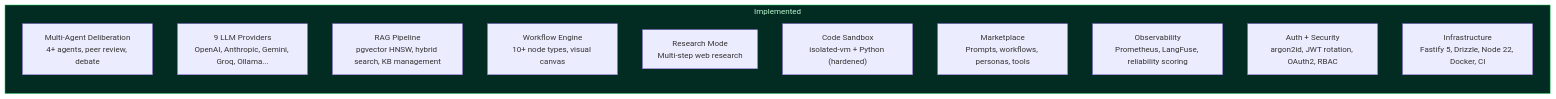
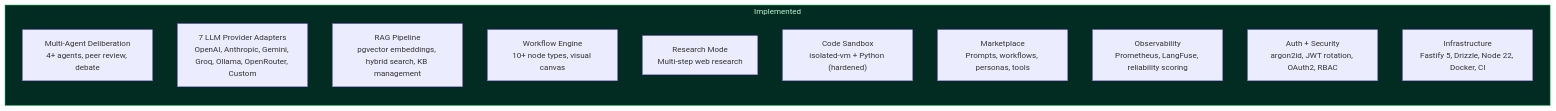
The first of 6 diagrams in ROADMAP.md (Yash-Awasthi/Judica), drawn with Mermaid before and after one commit. The commit also changed other lines of this file and 73 other files, not shown here.

````diff
--- a/ROADMAP.md
+++ b/ROADMAP.md
@@ -40,18 +40,18 @@
 ```mermaid
 flowchart LR
     subgraph COMPLETE["Implemented"]
         direction TB
         A["Multi-Agent Deliberation\n4+ agents, peer review, debate"]
-        B["9 LLM Providers\nOpenAI, Anthropic, Gemini, Groq, Ollama..."]
-        C["RAG Pipeline\npgvector HNSW, hybrid search, KB management"]
+        B["7 LLM Provider Adapters\nOpenAI, Anthropic, Gemini, Groq, Ollama, OpenRouter, Custom"]
+        C["RAG Pipeline\npgvector embeddings, hybrid search, KB management"]
         D["Workflow Engine\n10+ node types, visual canvas"]
         E["Research Mode\nMulti-step web research"]
         F["Code Sandbox\nisolated-vm + Python (hardened)"]
         G["Marketplace\nPrompts, workflows, personas, tools"]
         H["Observability\nPrometheus, LangFuse, reliability scoring"]
         I["Auth + Security\nargon2id, JWT rotation, OAuth2, RBAC"]
         J["Infrastructure\nFastify 5, Drizzle, Node 22, Docker, CI"]
     end
 
     style COMPLETE fill:#022c22,stroke:#22c55e,color:#bbf7d0
 ```
````
